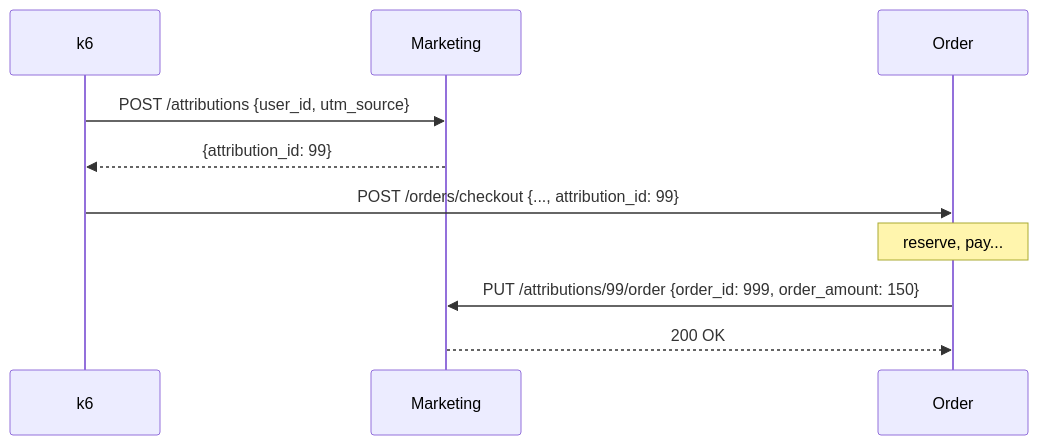
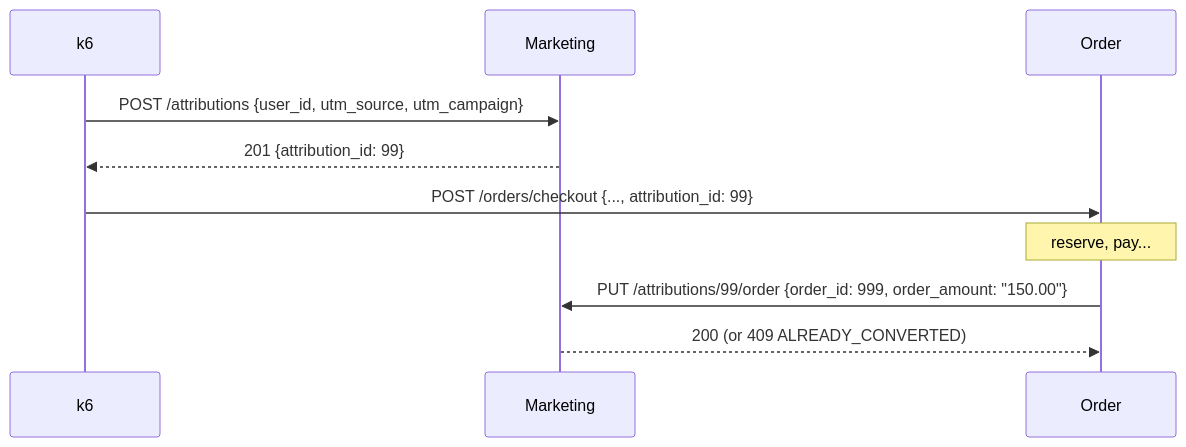
The diagram in docs/microservices/marketing-service.md (poph2/datastack), drawn with Mermaid before and after one commit. The commit also changed other lines of this file and 87 other files, not shown here.

````diff
--- a/docs/microservices/marketing-service.md
+++ b/docs/microservices/marketing-service.md
@@ -118,12 +161,12 @@
 ```mermaid
 sequenceDiagram
   participant k6
   participant M as Marketing
   participant O as Order
-  k6->>M: POST /attributions {user_id, utm_source}
-  M-->>k6: {attribution_id: 99}
+  k6->>M: POST /attributions {user_id, utm_source, utm_campaign}
+  M-->>k6: 201 {attribution_id: 99}
   k6->>O: POST /orders/checkout {..., attribution_id: 99}
   Note over O: reserve, pay...
-  O->>M: PUT /attributions/99/order {order_id: 999, order_amount: 150}
-  M-->>O: 200 OK
+  O->>M: PUT /attributions/99/order {order_id: 999, order_amount: "150.00"}
+  M-->>O: 200 (or 409 ALREADY_CONVERTED)
 ```
````
